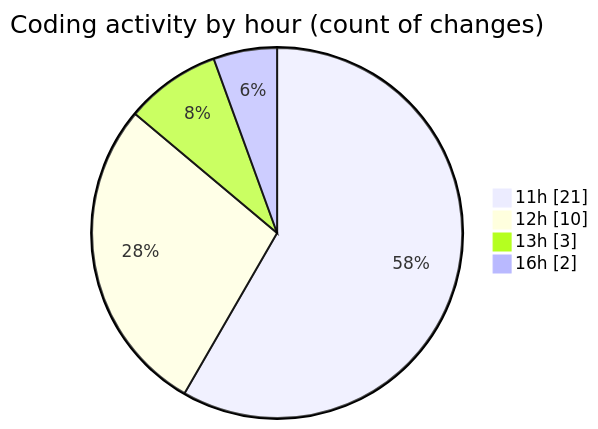
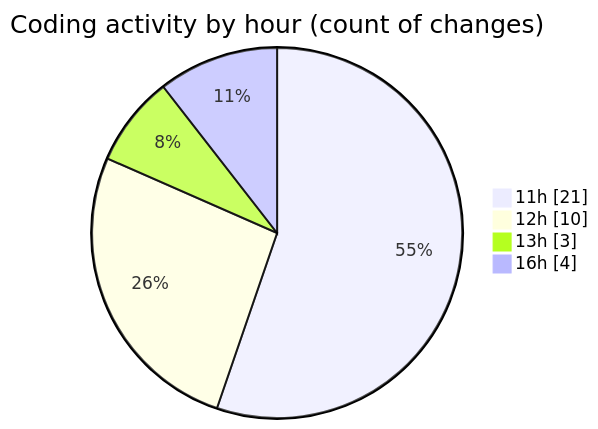
One commit to momahboobian/code-tracking changed the second of 2 diagrams in 2026-01-13/cda/README.md. Above: the diagram before and after it, drawn with Mermaid. The commit also changed other lines of this file and 1 other file, not shown here.

````diff
--- a/2026-01-13/cda/README.md
+++ b/2026-01-13/cda/README.md
@@ -36,8 +37,8 @@
 ```mermaid
 pie showData
 title Coding activity by hour (count of changes)
 "11h" : 21
 "12h" : 10
 "13h" : 3
-"16h" : 2
+"16h" : 4
 ```
````
